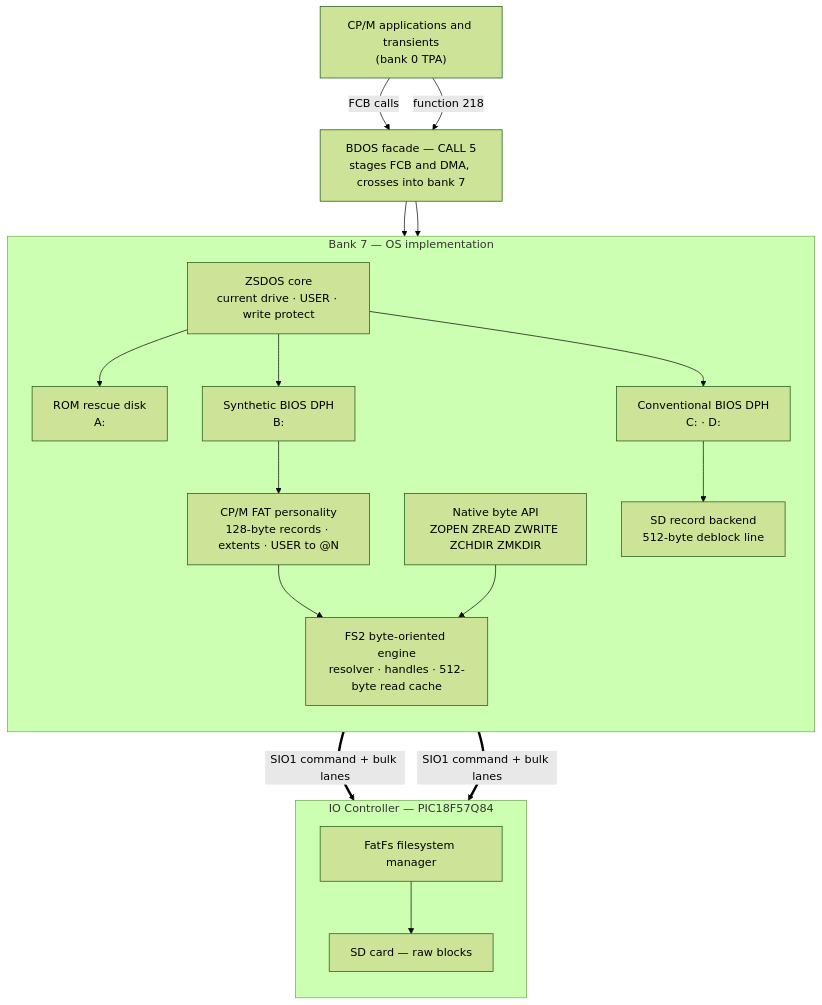
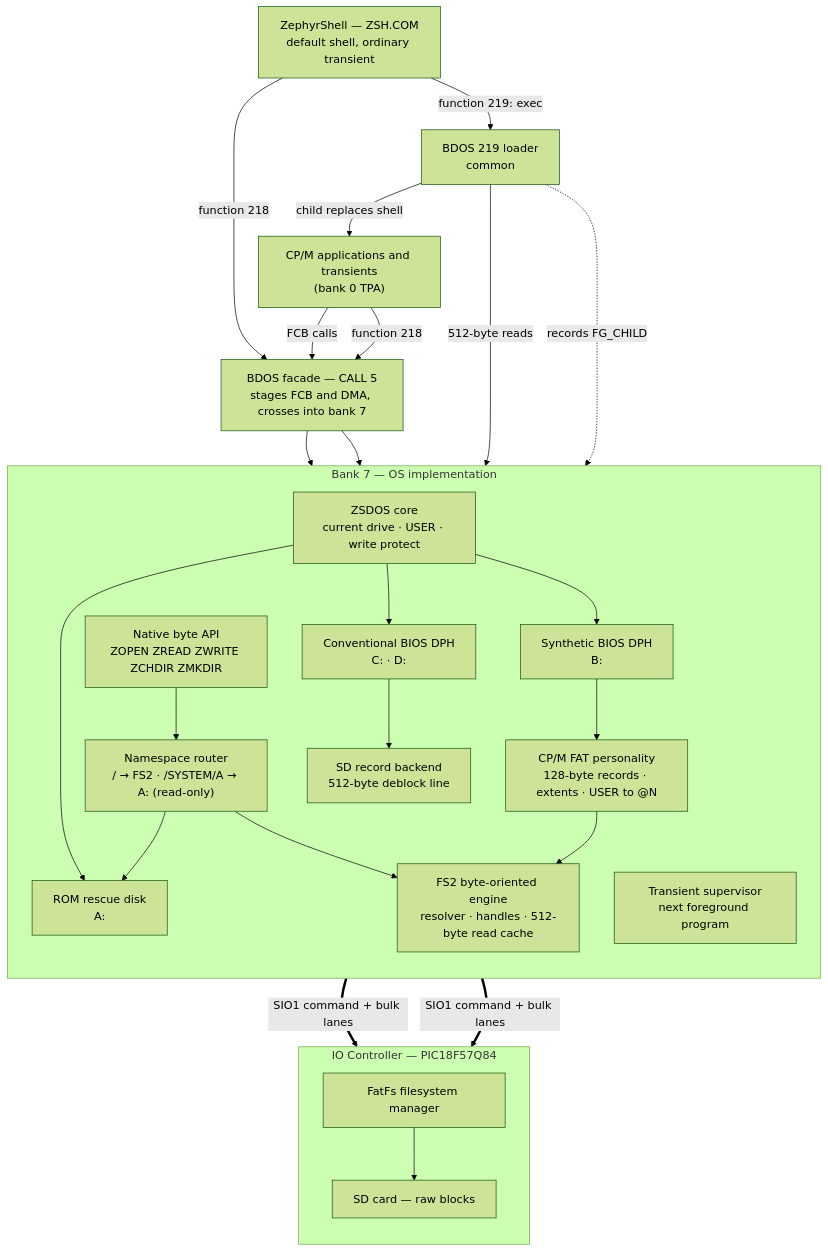
The diagram in ZSDOS-ZEPHYR-ALTERATION-GUIDE.md (dumaiss/Zephyr-80), drawn with Mermaid (forest theme) before and after one commit. The commit also changed other lines of this file and 18 other files, not shown here.

````diff
--- a/ZSDOS-ZEPHYR-ALTERATION-GUIDE.md
+++ b/ZSDOS-ZEPHYR-ALTERATION-GUIDE.md
@@ -171,41 +179,51 @@
 ```mermaid
 flowchart TB
     APPS["CP/M applications and transients<br/>(bank 0 TPA)"]
+    ZSH["ZephyrShell — ZSH.COM<br/>default shell, ordinary transient"]
 
     FAC["BDOS facade — CALL 5<br/>stages FCB and DMA, crosses into bank 7"]
 
     APPS -- "FCB calls" --> FAC
     APPS -- "function 218" --> FAC
+    ZSH -- "function 218" --> FAC
+    ZSH -- "function 219: exec" --> LOAD["BDOS 219 loader<br/>common"]
+    LOAD -- "child replaces shell" --> APPS
 
     subgraph BANK7["Bank 7 — OS implementation"]
         direction TB
         ZS["ZSDOS core<br/>current drive · USER · write protect"]
         NATIVE["Native byte API<br/>ZOPEN ZREAD ZWRITE ZCHDIR ZMKDIR"]
+        VFS["Namespace router<br/>/ → FS2 · /SYSTEM/A → A: (read-only)"]
+        SUP["Transient supervisor<br/>next foreground program"]
         ROMD["ROM rescue disk<br/>A:"]
         SYN["Synthetic BIOS DPH<br/>B:"]
         CONV["Conventional BIOS DPH<br/>C: · D:"]
         PERS["CP/M FAT personality<br/>128-byte records · extents · USER to @N"]
         FS2["FS2 byte-oriented engine<br/>resolver · handles · 512-byte read cache"]
         SDB["SD record backend<br/>512-byte deblock line"]
     end
 
     FAC --> ZS
     FAC --> NATIVE
+    NATIVE --> VFS
+    VFS --> ROMD
+    LOAD -- "512-byte reads" --> VFS
+    LOAD -. "records FG_CHILD" .-> SUP
     ZS --> ROMD
     ZS --> SYN
     ZS --> CONV
     SYN --> PERS
     PERS --> FS2
-    NATIVE --> FS2
+    VFS --> FS2
     CONV --> SDB
 
     subgraph MCU["IO Controller — PIC18F57Q84"]
         direction TB
         FATFS["FatFs filesystem manager"]
         SD["SD card — raw blocks"]
         FATFS --> SD
     end
 
     FS2 == "SIO1 command + bulk lanes" ==> FATFS
     SDB == "SIO1 command + bulk lanes" ==> SD
 ```
````
